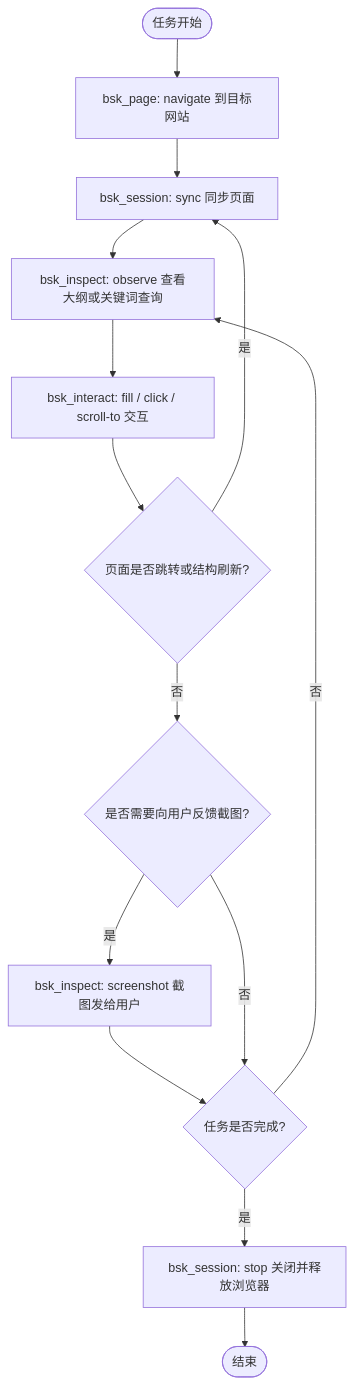
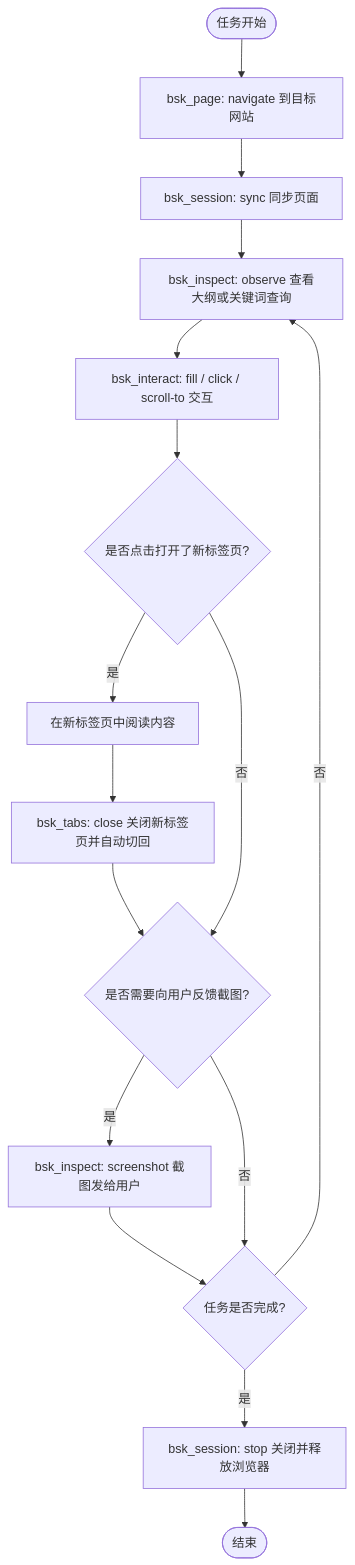
One commit to SmileYik/astrbot_plugin_bsk_browser changed the diagram in skill/bsk-browser/SKILL.md. Above: the diagram before and after it, drawn with Mermaid. The commit also changed other lines of this file and 3 other files, not shown here.

Commit message:
docs(skill): update bsk-browser, baidu, and bing skills for tab lifecycle and capture

````diff
--- a/skill/bsk-browser/SKILL.md
+++ b/skill/bsk-browser/SKILL.md
@@ -99,16 +96,18 @@
 ```mermaid
 flowchart TD
     Start([任务开始]) --> Open[bsk_page: navigate 到目标网站]
     Open --> Sync[bsk_session: sync 同步页面]
     Sync --> Observe[bsk_inspect: observe 查看大纲或关键词查询]
     Observe --> Act[bsk_interact: fill / click / scroll-to 交互]
-    Act --> NeedSync{页面是否跳转或结构刷新?}
-    NeedSync -- 是 --> Sync
-    NeedSync -- 否 --> NeedShot{是否需要向用户反馈截图?}
-    NeedShot -- 是 --> Shot[bsk_inspect: screenshot 截图发给用户]
+    Act --> NewTabCheck{是否点击打开了新标签页?}
+    NewTabCheck -- 是 --> ReadTab[在新标签页中阅读内容]
+    ReadTab --> CloseTab[bsk_tabs: close 关闭新标签页并自动切回]
+    CloseTab --> NextStep
+    NewTabCheck -- 否 --> NextStep{是否需要向用户反馈截图?}
+    NextStep -- 是 --> Shot[bsk_inspect: screenshot 截图发给用户]
     Shot --> Done{任务是否完成?}
-    NeedShot -- 否 --> Done
+    NextStep -- 否 --> Done
     Done -- 否 --> Observe
     Done -- 是 --> Close[bsk_session: stop 关闭并释放浏览器]
     Close --> End([结束])
 ```
````
